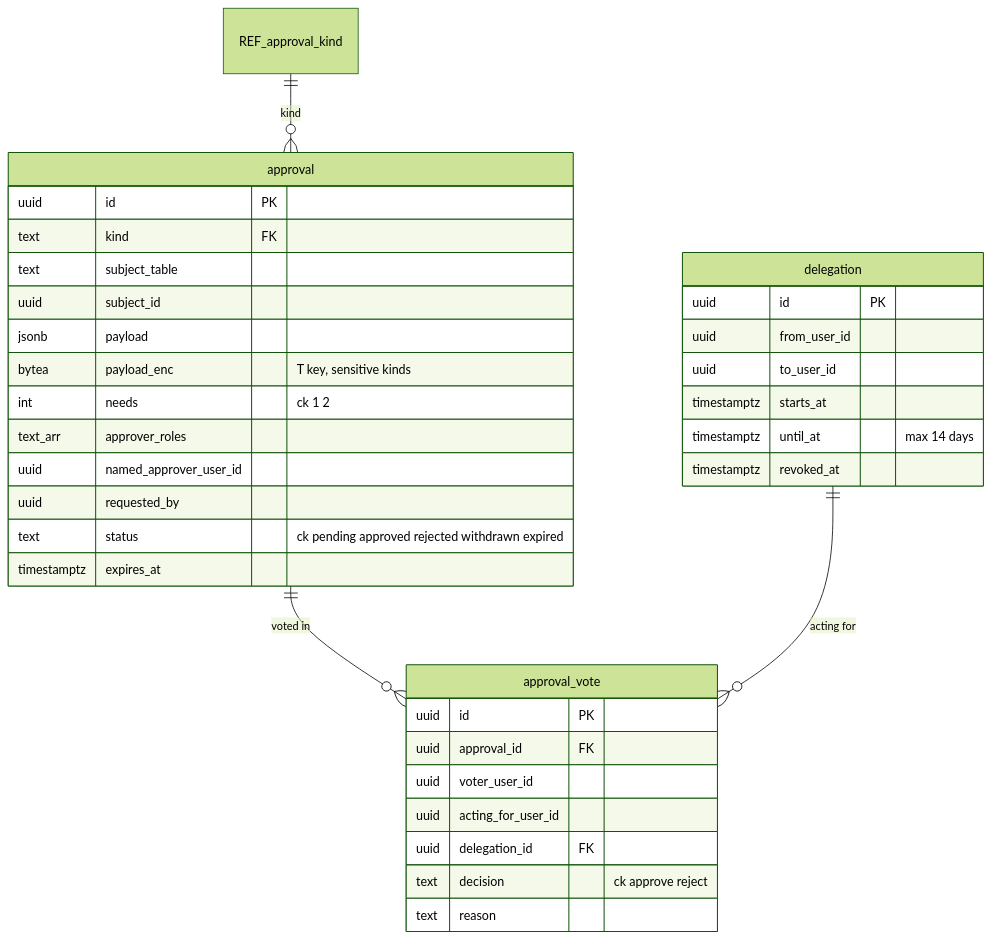
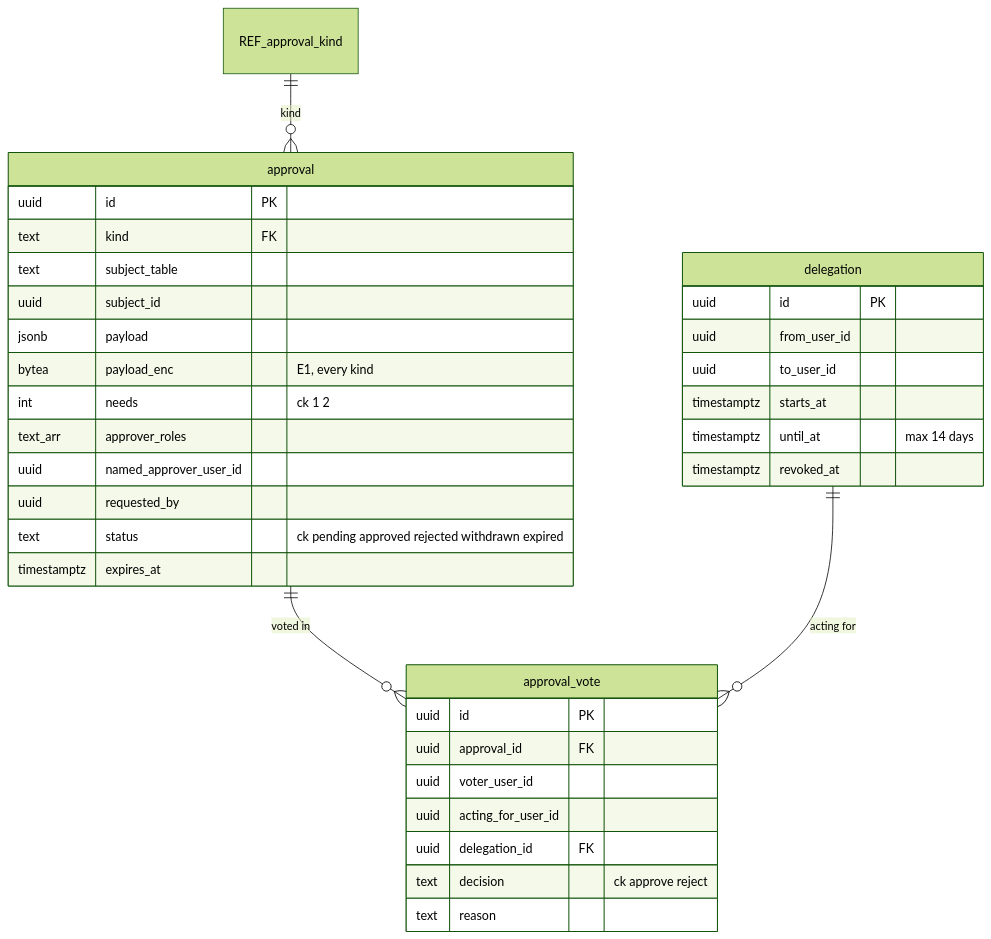
Diagram 21 of 27 in docs/architecture/backend-v2/phase2/2B-data-model.md (ShahidCS/Selvara), drawn with Mermaid (forest theme) before and after one commit. The commit also changed other lines of this file and 8 other files, not shown here.

First line of the commit message:
docs(backend-v2): phase 3 revisions in progress (architecture, data model, registers)

````diff
--- a/docs/architecture/backend-v2/phase2/2B-data-model.md
+++ b/docs/architecture/backend-v2/phase2/2B-data-model.md
@@ -1572,37 +1577,37 @@
 ```mermaid
 erDiagram
   approval ||--o{ approval_vote : "voted in"
   delegation ||--o{ approval_vote : "acting for"
   REF_approval_kind ||--o{ approval : "kind"
   approval {
     uuid id PK
     text kind FK
     text subject_table
     uuid subject_id
     jsonb payload
-    bytea payload_enc "T key, sensitive kinds"
+    bytea payload_enc "E1, every kind"
     int needs "ck 1 2"
     text_arr approver_roles
     uuid named_approver_user_id
     uuid requested_by
     text status "ck pending approved rejected withdrawn expired"
     timestamptz expires_at
   }
   approval_vote {
     uuid id PK
     uuid approval_id FK
     uuid voter_user_id
     uuid acting_for_user_id
     uuid delegation_id FK
     text decision "ck approve reject"
     text reason
   }
   delegation {
     uuid id PK
     uuid from_user_id
     uuid to_user_id
     timestamptz starts_at
     timestamptz until_at "max 14 days"
     timestamptz revoked_at
   }
 ```
````
